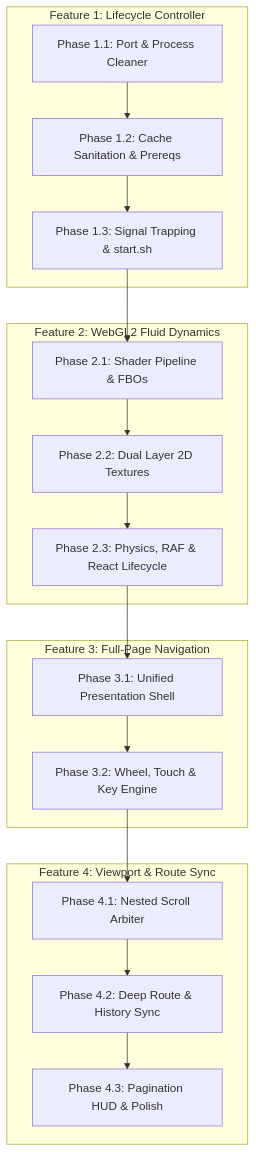
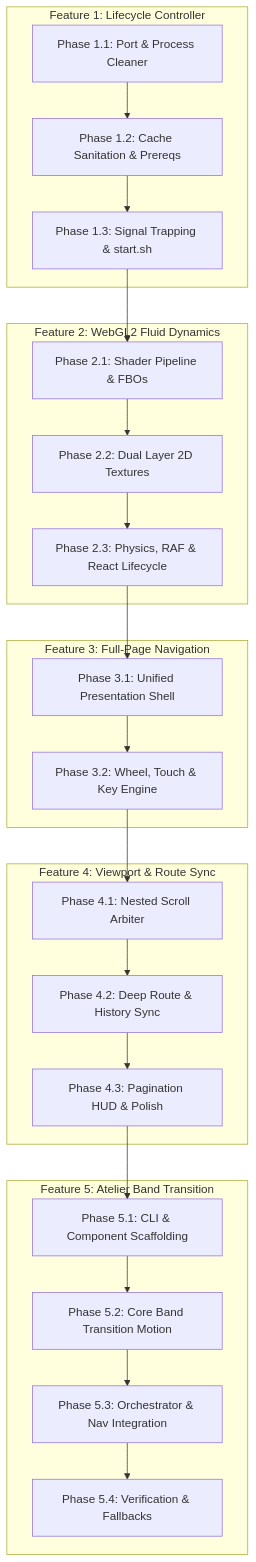
Before and after one commit to Dwelov/green-electronics: the diagram in docs/PLAN.md, drawn with Mermaid. The commit also changed other lines of this file and 1 other file, not shown here.

Commit message:
new feature for the smooth scrolling

````diff
--- a/docs/PLAN.md
+++ b/docs/PLAN.md
@@ -13,25 +13,32 @@
 ```mermaid
 flowchart TD
     subgraph Feature 1: Lifecycle Controller
         P1_1["Phase 1.1: Port & Process Cleaner"] --> P1_2["Phase 1.2: Cache Sanitation & Prereqs"]
         P1_2 --> P1_3["Phase 1.3: Signal Trapping & start.sh"]
     end
 
     subgraph Feature 2: WebGL2 Fluid Dynamics
         P2_1["Phase 2.1: Shader Pipeline & FBOs"] --> P2_2["Phase 2.2: Dual Layer 2D Textures"]
         P2_2 --> P2_3["Phase 2.3: Physics, RAF & React Lifecycle"]
     end
 
     subgraph Feature 3: Full-Page Navigation
         P3_1["Phase 3.1: Unified Presentation Shell"] --> P3_2["Phase 3.2: Wheel, Touch & Key Engine"]
     end
 
     subgraph Feature 4: Viewport & Route Sync
         P4_1["Phase 4.1: Nested Scroll Arbiter"] --> P4_2["Phase 4.2: Deep Route & History Sync"]
         P4_2 --> P4_3["Phase 4.3: Pagination HUD & Polish"]
     end
 
+    subgraph Feature 5: Atelier Band Transition
+        P5_1["Phase 5.1: CLI & Component Scaffolding"] --> P5_2["Phase 5.2: Core Band Transition Motion"]
+        P5_2 --> P5_3["Phase 5.3: Orchestrator & Nav Integration"]
+        P5_3 --> P5_4["Phase 5.4: Verification & Fallbacks"]
+    end
+
     P1_3 --> P2_1
     P2_3 --> P3_1
     P3_2 --> P4_1
+    P4_3 --> P5_1
 ```
````
